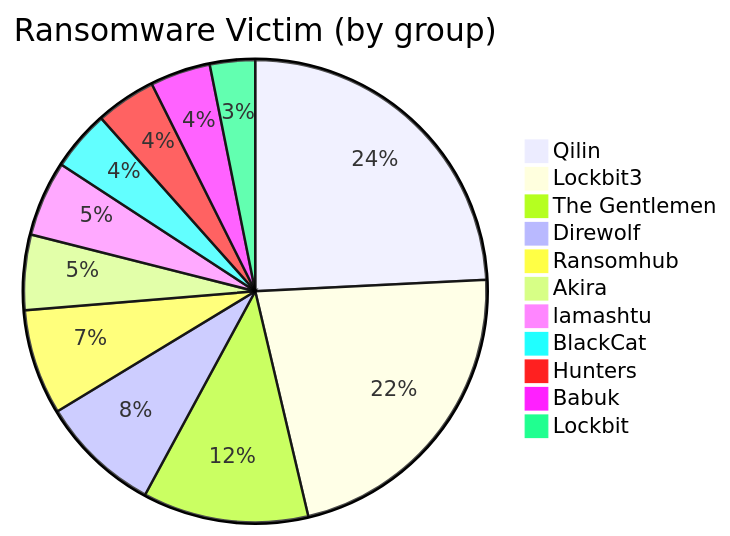
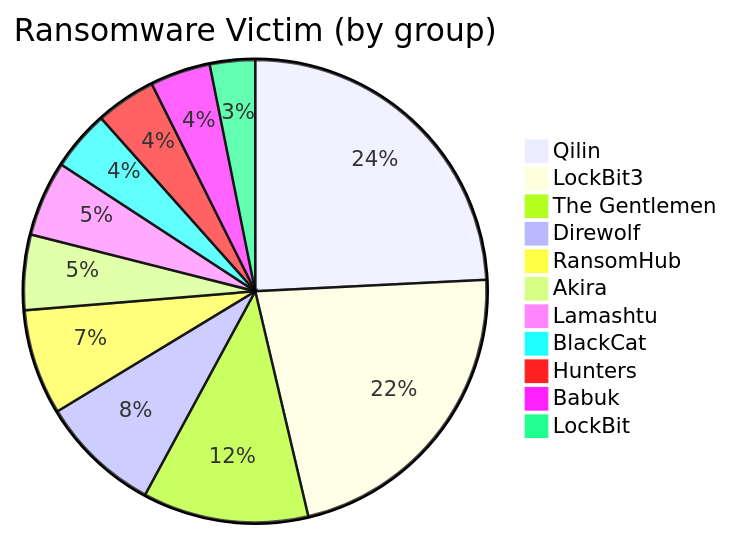
One commit to rectifyq/site changed the third of 4 diagrams in content/my-threat-landscape/ransomware.md. Above: the diagram before and after it, drawn with Mermaid. The commit also changed other lines of this file and 8 other files, not shown here.

````diff
--- a/content/my-threat-landscape/ransomware.md
+++ b/content/my-threat-landscape/ransomware.md
@@ -186,14 +189,14 @@
 ```mermaid
 pie title Ransomware Victim (by group)
     "Qilin" : 23
-    "Lockbit3" : 21
+    "LockBit3" : 21
     "The Gentlemen" : 11
     "Direwolf" : 8
-    "Ransomhub" : 7
+    "RansomHub" : 7
     "Akira" : 5
-    "lamashtu" : 5
+    "Lamashtu" : 5
     "BlackCat" : 4
     "Hunters" : 4
     "Babuk" : 4
-    "Lockbit" : 3
+    "LockBit" : 3
 ```
````
